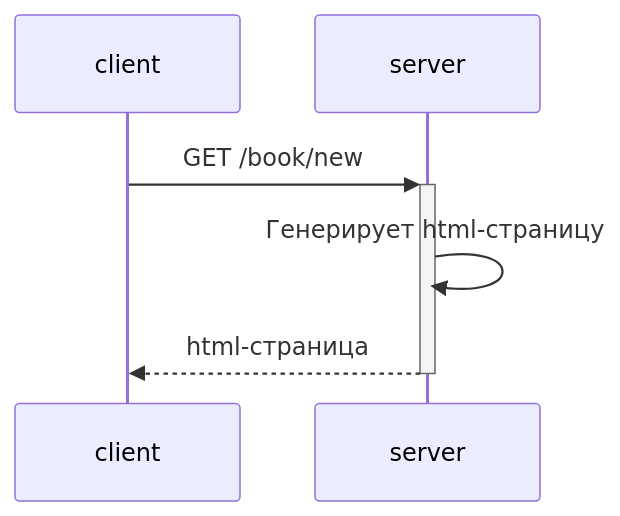
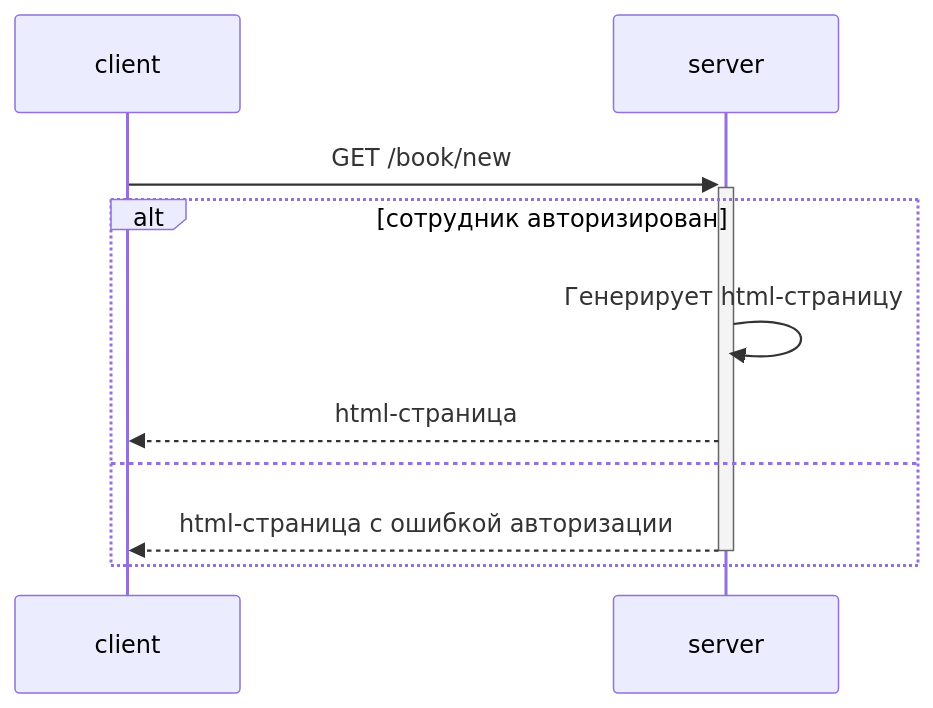
One commit to Ergorium/Web-technology-3c-6s changed the diagram in documentation/diagrams/sequenceDiagrams/profiles.get.new.md. Above: the diagram before and after it, drawn with Mermaid. The commit also changed 16 other files, not shown here.

````diff
--- a/documentation/diagrams/sequenceDiagrams/profiles.get.new.md
+++ b/documentation/diagrams/sequenceDiagrams/profiles.get.new.md
@@ -3,8 +3,13 @@
 ```mermaid
 sequenceDiagram;
 	participant client
 	participant server
 	client->>+server: GET /book/new
-	server->>server: Генерирует html-страницу
-	server-->>-client: html-страница
+  alt сотрудник авторизирован
+		server->>server: Генерирует html-страницу
+		server-->>client: html-страница
+  else
+    server-->>-client: html-страница с ошибкой авторизации
+  end
+
 ```
````
